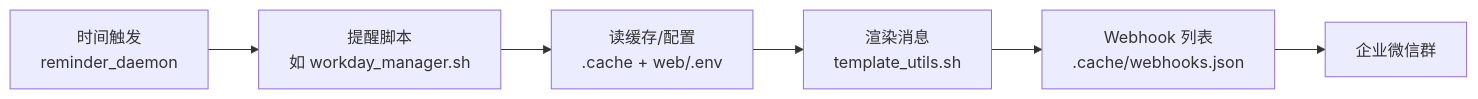
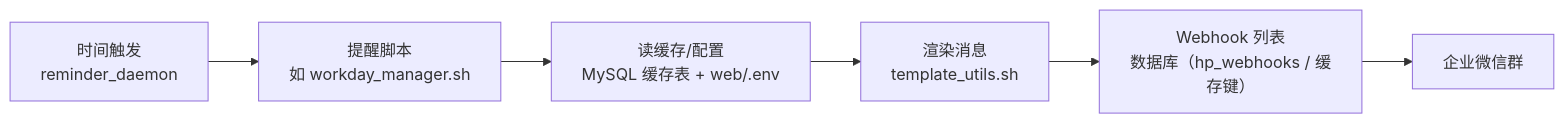
Before and after one commit to 20140125/helper: the second of 2 diagrams in docs/02-系统概述与项目结构.md, drawn with Mermaid. The commit also changed other lines of this file and 439 other files, not shown here.

````diff
--- a/docs/02-系统概述与项目结构.md
+++ b/docs/02-系统概述与项目结构.md
@@ -119,8 +119,8 @@
 ```mermaid
 graph LR
     T["时间触发<br/>reminder_daemon"] --> S["提醒脚本<br/>如 workday_manager.sh"]
-    S --> C["读缓存/配置<br/>.cache + web/.env"]
+    S --> C["读缓存/配置<br/>MySQL 缓存表 + web/.env"]
     C --> R["渲染消息<br/>template_utils.sh"]
-    R --> W["Webhook 列表<br/>.cache/webhooks.json"]
+    R --> W["Webhook 列表<br/>数据库（hp_webhooks / 缓存键）"]
     W --> M["企业微信群"]
 ```
````
